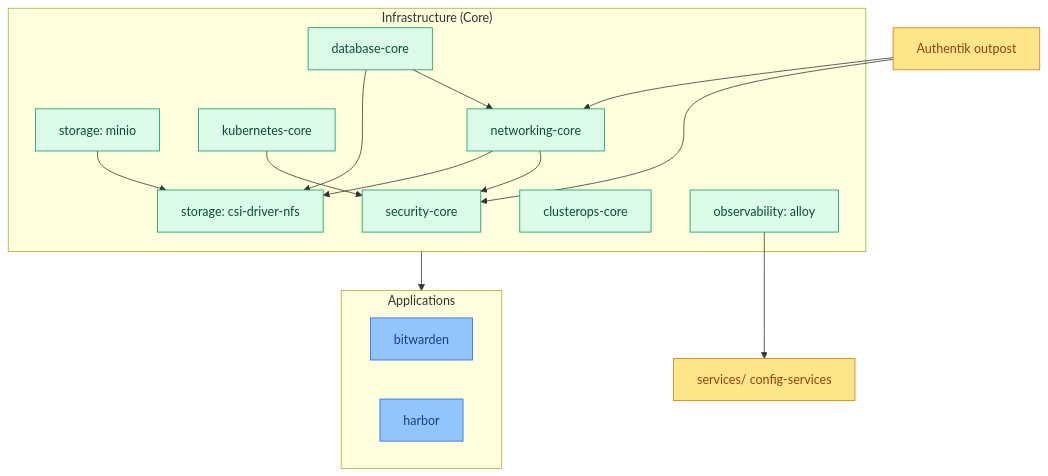
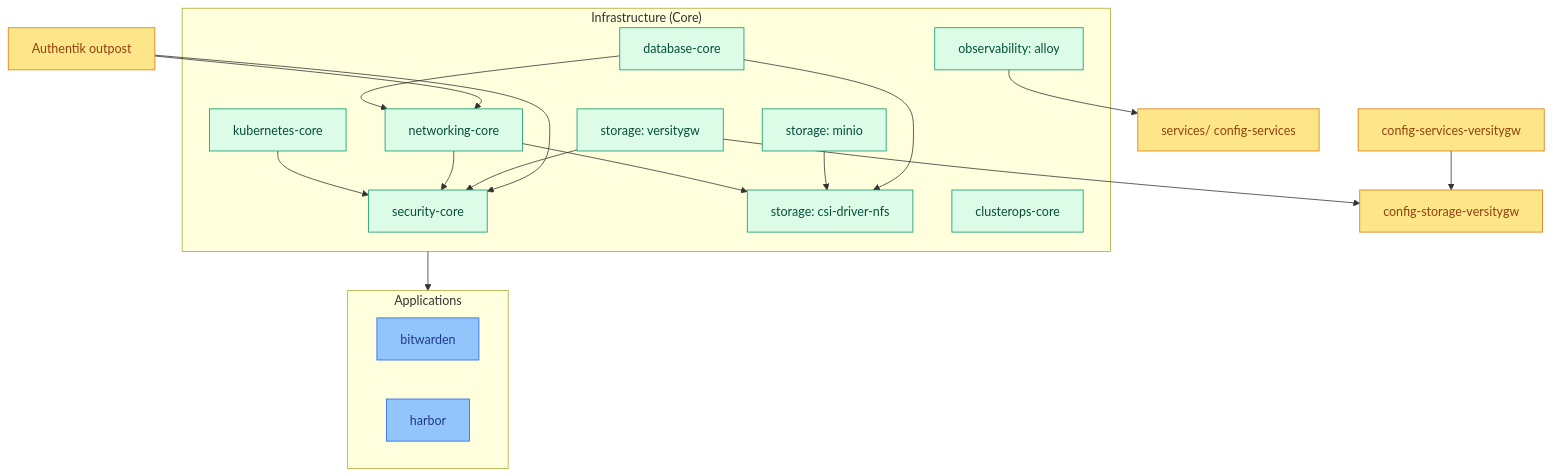
The diagram in clusters/nas/README.md (ppat/homelab-ops-kubernetes-clusters), drawn with Mermaid before and after one commit. The commit also changed other lines of this file and 16 other files, not shown here.

````diff
--- a/clusters/nas/README.md
+++ b/clusters/nas/README.md
@@ -71,34 +87,39 @@
 ```mermaid
 flowchart TB
     classDef core fill:#dcfce7,stroke:#059669,color:#064e3b
     classDef apps fill:#93c5fd,stroke:#2563eb,color:#1e3a8a
     classDef outpost fill:#fde68a,stroke:#d97706,color:#92400e
 
     subgraph Core["Infrastructure (Core)"]
         sec[security-core]:::core
         nfs[storage: csi-driver-nfs]:::core
         minio[storage: minio]:::core
+        vgw[storage: versitygw]:::core
         k8s[kubernetes-core]:::core
         net[networking-core]:::core
         db[database-core]:::core
         ops[clusterops-core]:::core
         alloy[observability: alloy]:::core
     end
 
     subgraph Apps["Applications"]
         bw[bitwarden]:::apps
         harbor:::apps
     end
 
     out[Authentik outpost]:::outpost
     svc[services/ config-services]:::outpost
+    vol[config-storage-versitygw]:::outpost
+    vgwmon[config-services-versitygw]:::outpost
 
     k8s --> sec
     net --> sec & nfs
     minio --> nfs
+    vgw --> sec & vol
+    vgwmon --> vol
     db --> net & nfs
     out --> sec & net
     alloy --> svc
 
     Core --> Apps
 ```
````
